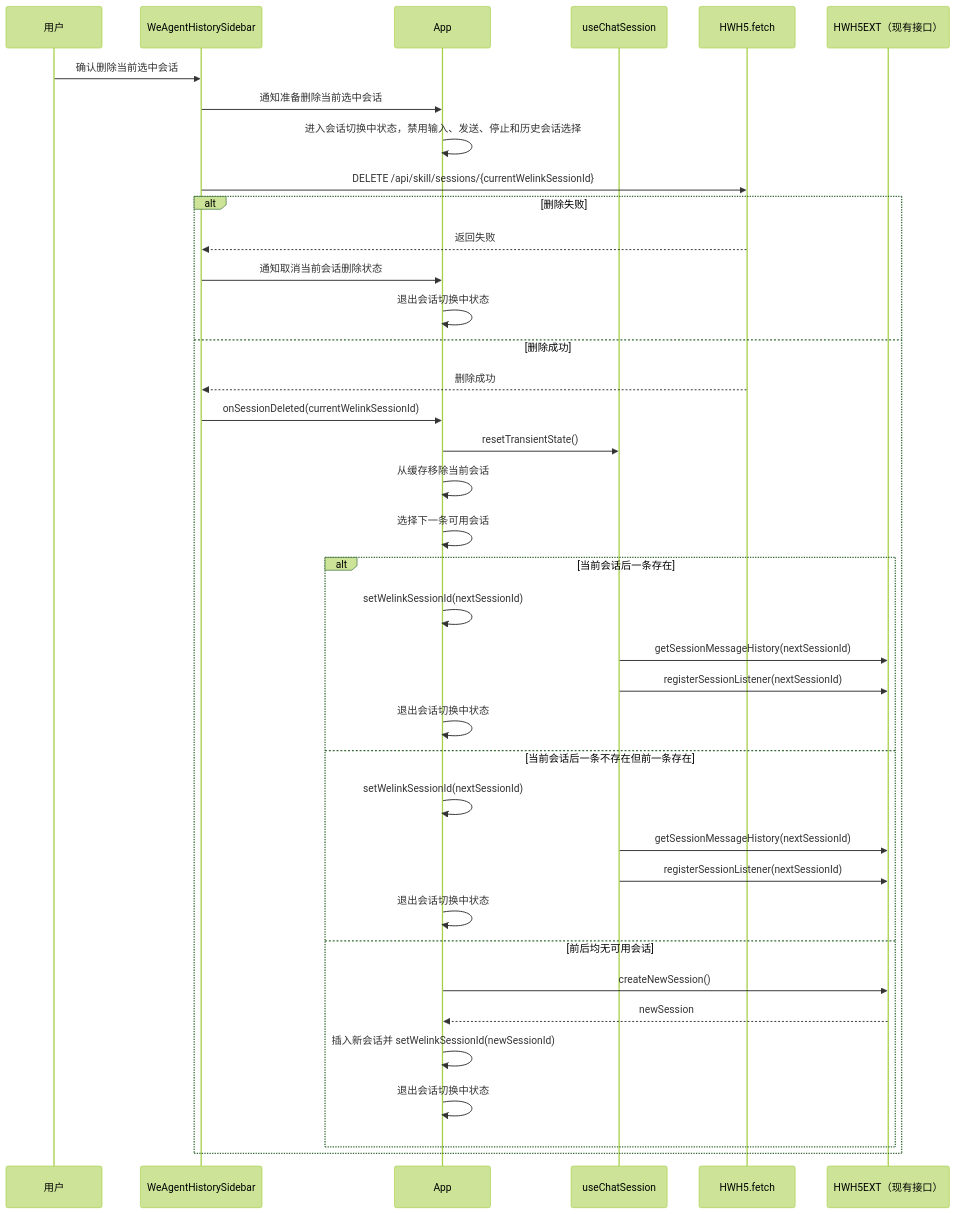
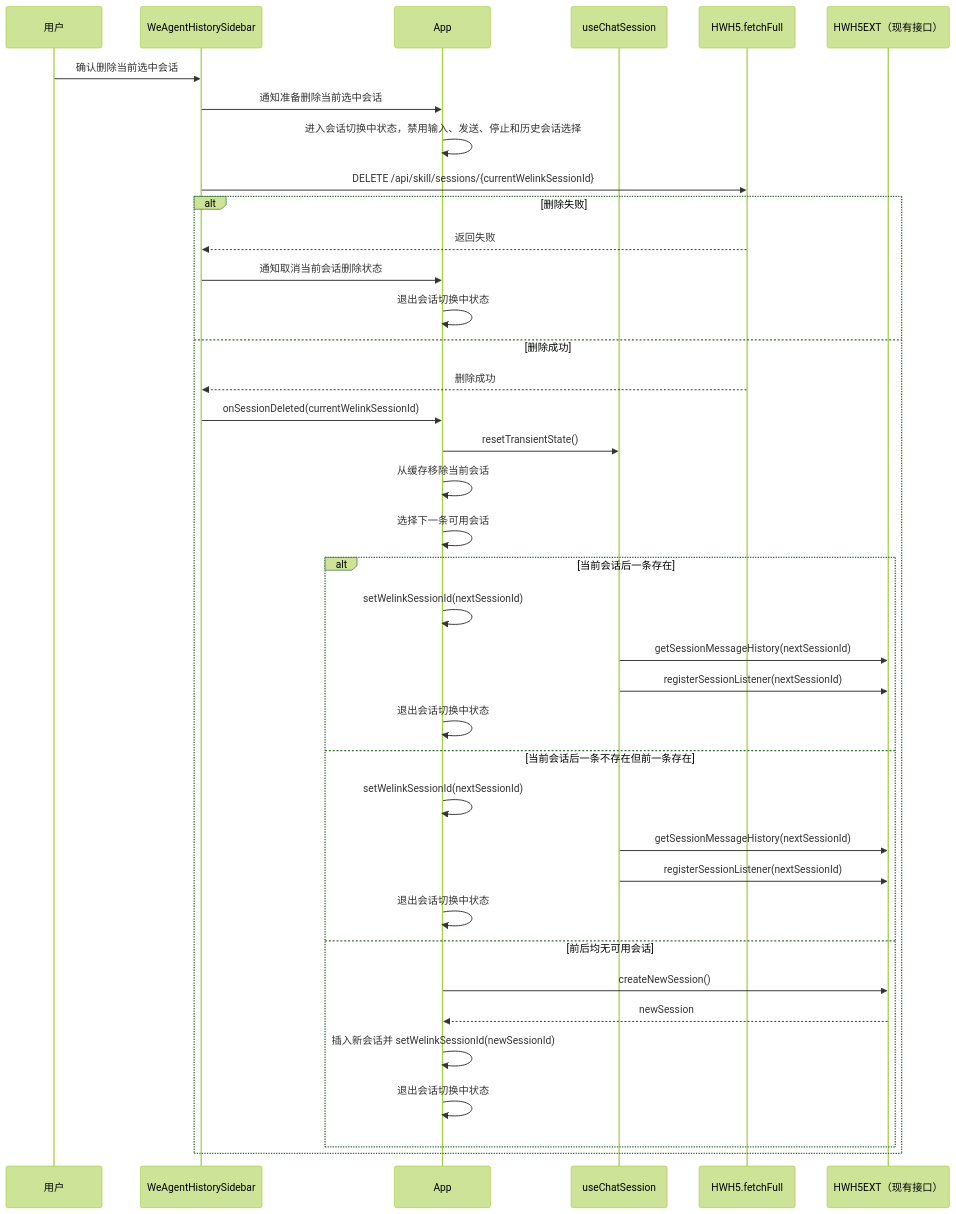
One commit to Abelsjcheng/skillSDK changed the fourth of 5 diagrams in ai-chat-viewer/docs/plans/2026-06-04-we-agent-history-session-delete-plan.md. Above: the diagram before and after it, drawn with Mermaid (forest theme). The commit also changed other lines of this file and 7 other files, not shown here.

Commit message:
fix(we-agent): use fetchFull for session delete

````diff
--- a/ai-chat-viewer/docs/plans/2026-06-04-we-agent-history-session-delete-plan.md
+++ b/ai-chat-viewer/docs/plans/2026-06-04-we-agent-history-session-delete-plan.md
@@ -134,42 +134,42 @@
 ```mermaid
 sequenceDiagram
     participant User as 用户
     participant Sidebar as WeAgentHistorySidebar
     participant App as App
     participant Chat as useChatSession
-    participant API as HWH5.fetch
+    participant API as HWH5.fetchFull
     participant SDK as HWH5EXT（现有接口）
 
     User->>Sidebar: 确认删除当前选中会话
     Sidebar->>App: 通知准备删除当前选中会话
     App->>App: 进入会话切换中状态，禁用输入、发送、停止和历史会话选择
     Sidebar->>API: DELETE /api/skill/sessions/{currentWelinkSessionId}
     alt 删除失败
         API-->>Sidebar: 返回失败
         Sidebar->>App: 通知取消当前会话删除状态
         App->>App: 退出会话切换中状态
     else 删除成功
         API-->>Sidebar: 删除成功
         Sidebar->>App: onSessionDeleted(currentWelinkSessionId)
         App->>Chat: resetTransientState()
         App->>App: 从缓存移除当前会话
         App->>App: 选择下一条可用会话
 
         alt 当前会话后一条存在
             App->>App: setWelinkSessionId(nextSessionId)
             Chat->>SDK: getSessionMessageHistory(nextSessionId)
             Chat->>SDK: registerSessionListener(nextSessionId)
             App->>App: 退出会话切换中状态
         else 当前会话后一条不存在但前一条存在
             App->>App: setWelinkSessionId(nextSessionId)
             Chat->>SDK: getSessionMessageHistory(nextSessionId)
             Chat->>SDK: registerSessionListener(nextSessionId)
             App->>App: 退出会话切换中状态
         else 前后均无可用会话
             App->>SDK: createNewSession()
             SDK-->>App: newSession
             App->>App: 插入新会话并 setWelinkSessionId(newSessionId)
             App->>App: 退出会话切换中状态
         end
     end
 ```
````
